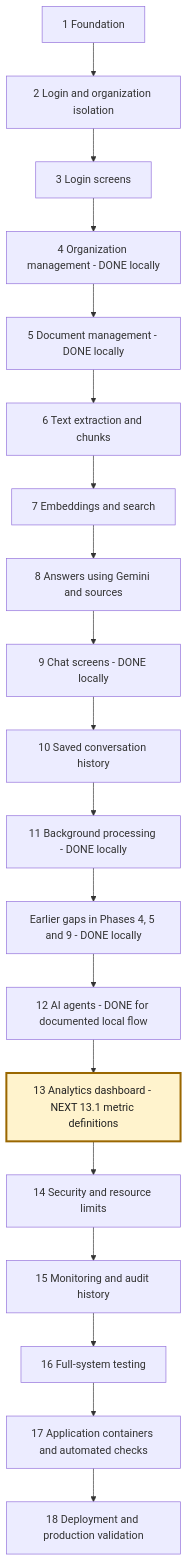
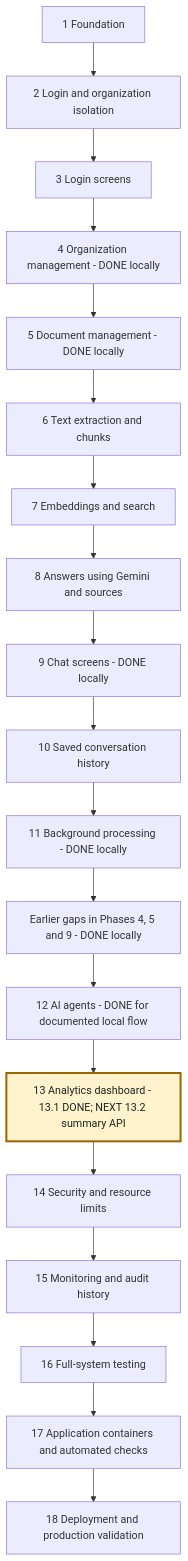
One commit to msdian0007/nexaAi changed the second of 5 diagrams in NEXAAI_ROADMAP.md. Above: the diagram before and after it, drawn with Mermaid. The commit also changed other lines of this file and 4 other files, not shown here.

````diff
--- a/NEXAAI_ROADMAP.md
+++ b/NEXAAI_ROADMAP.md
@@ -190,22 +189,22 @@
 ```mermaid
 flowchart TD
     A[1 Foundation] --> B[2 Login and organization isolation]
     B --> C[3 Login screens]
     C --> D[4 Organization management - DONE locally]
     D --> E[5 Document management - DONE locally]
     E --> F[6 Text extraction and chunks]
     F --> G[7 Embeddings and search]
     G --> H[8 Answers using Gemini and sources]
     H --> I[9 Chat screens - DONE locally]
     I --> J[10 Saved conversation history]
     J --> K[11 Background processing - DONE locally]
     K --> L[Earlier gaps in Phases 4, 5 and 9 - DONE locally]
     L --> M[12 AI agents - DONE for documented local flow]
-    M --> N[13 Analytics dashboard - NEXT 13.1 metric definitions]
+    M --> N[13 Analytics dashboard - 13.1 DONE; NEXT 13.2 summary API]
     N --> O[14 Security and resource limits]
     O --> P[15 Monitoring and audit history]
     P --> Q[16 Full-system testing]
     Q --> R[17 Application containers and automated checks]
     R --> S[18 Deployment and production validation]
     style N fill:#fff3cd,stroke:#9a6700,stroke-width:3px,color:#222
 ```
````
